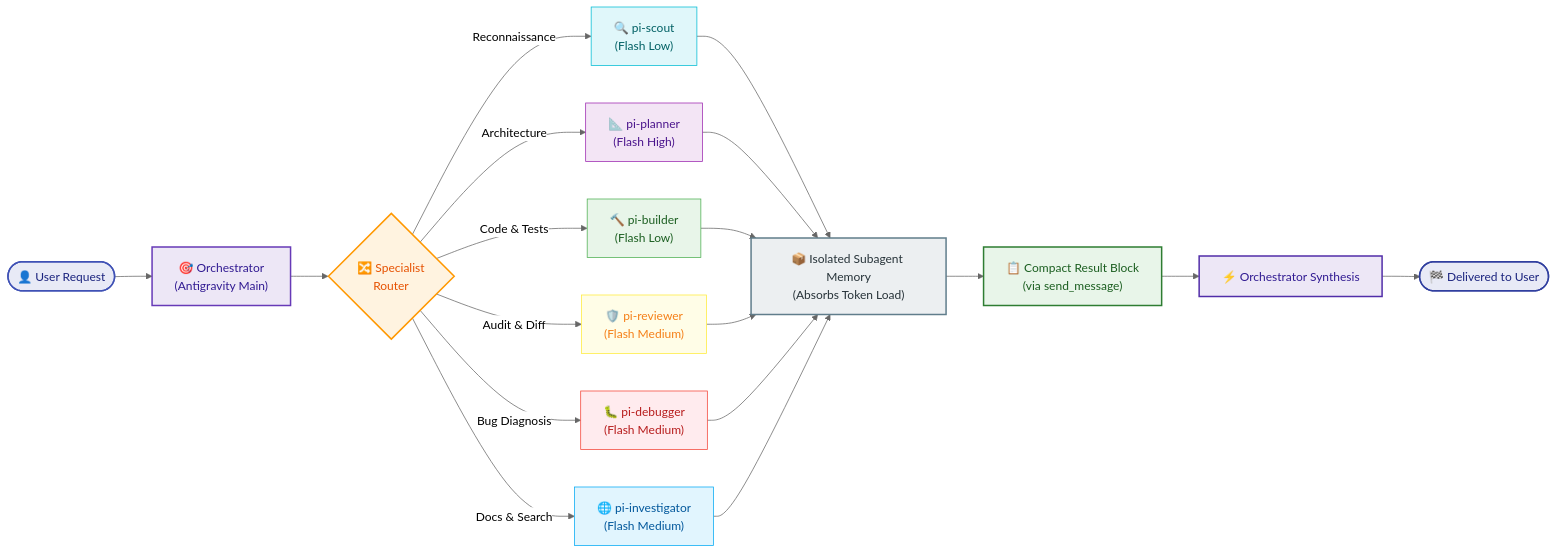
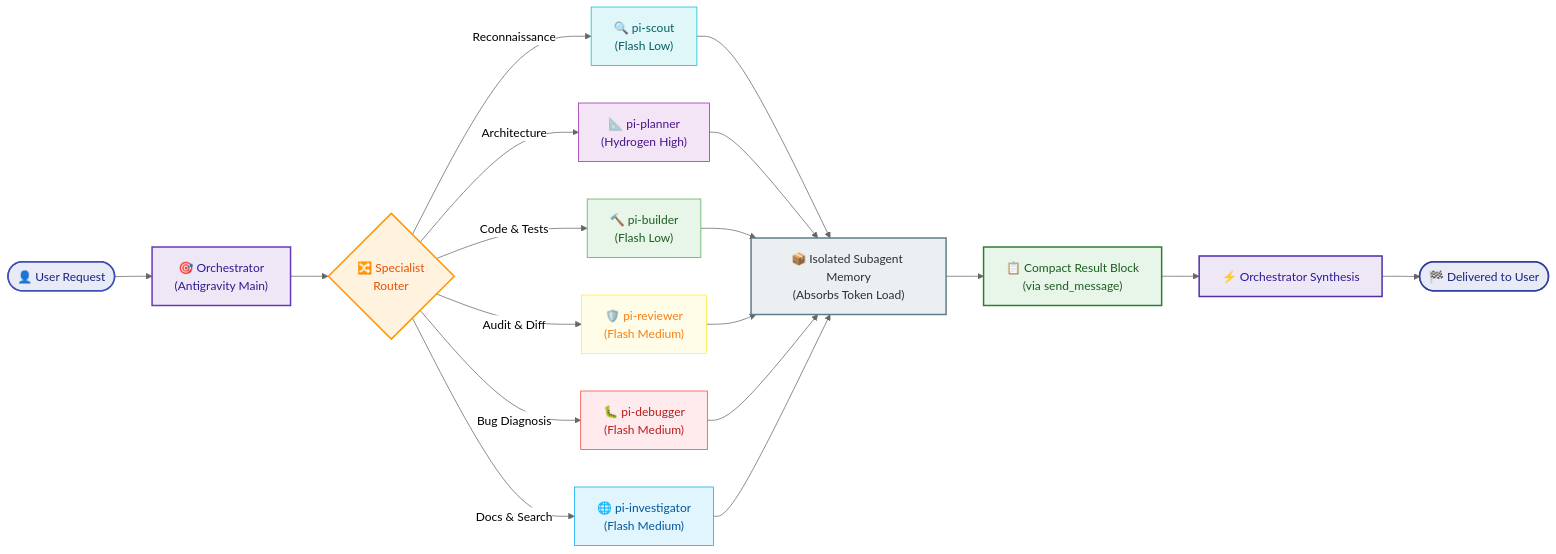
Before and after one commit to H3lloLLM/Gravity-for-Antigravity: the diagram in README.md, drawn with Mermaid (neutral theme). The commit also changed other lines of this file and 6 other files, not shown here.

Commit message:
chore(planner): switch pi-planner to Gemini 4 Hydrogen High and inherit default

````diff
--- a/README.md
+++ b/README.md
@@ -131,34 +131,34 @@
 ```mermaid
 graph LR
     User(["👤 User Request"]) --> Orch["🎯 Orchestrator<br/>(Antigravity Main)"]
     Orch --> Route{"🔀 Specialist<br/>Router"}
     Route -->|Reconnaissance| Scout["🔍 pi-scout<br/>(Flash Low)"]
-    Route -->|Architecture| Planner["📐 pi-planner<br/>(Flash High)"]
+    Route -->|Architecture| Planner["📐 pi-planner<br/>(Hydrogen High)"]
     Route -->|Code & Tests| Builder["🔨 pi-builder<br/>(Flash Low)"]
     Route -->|Audit & Diff| Reviewer["🛡️ pi-reviewer<br/>(Flash Medium)"]
     Route -->|Bug Diagnosis| Debugger["🐛 pi-debugger<br/>(Flash Medium)"]
     Route -->|Docs & Search| Investigator["🌐 pi-investigator<br/>(Flash Medium)"]
     Scout --> Isolate["📦 Isolated Subagent Memory<br/>(Absorbs Token Load)"]
     Planner --> Isolate
     Builder --> Isolate
     Reviewer --> Isolate
     Debugger --> Isolate
     Investigator --> Isolate
     Isolate --> Compact["📋 Compact Result Block<br/>(via send_message)"]
     Compact --> Synth["⚡ Orchestrator Synthesis"]
     Synth --> Deliver(["🏁 Delivered to User"])
 
     style User fill:#E8EAF6,stroke:#3F51B5,stroke-width:2px,color:#1A237E
     style Orch fill:#EDE7F6,stroke:#673AB7,stroke-width:2px,color:#311B92
     style Route fill:#FFF3E0,stroke:#FF9800,stroke-width:2px,color:#E65100
     style Scout fill:#E0F7FA,stroke:#00BCD4,stroke-width:1px,color:#006064
     style Planner fill:#F3E5F5,stroke:#9C27B0,stroke-width:1px,color:#4A148C
     style Builder fill:#E8F5E9,stroke:#4CAF50,stroke-width:1px,color:#1B5E20
     style Reviewer fill:#FFFDE7,stroke:#FFEB3B,stroke-width:1px,color:#F57F17
     style Debugger fill:#FFEBEE,stroke:#F44336,stroke-width:1px,color:#B71C1C
     style Investigator fill:#E1F5FE,stroke:#03A9F4,stroke-width:1px,color:#01579B
     style Isolate fill:#ECEFF1,stroke:#607D8B,stroke-width:2px,color:#263238
     style Compact fill:#E8F5E9,stroke:#2E7D32,stroke-width:2px,color:#1B5E20
     style Synth fill:#EDE7F6,stroke:#512DA8,stroke-width:2px,color:#311B92
     style Deliver fill:#E8EAF6,stroke:#303F9F,stroke-width:2px,color:#1A237E
 ```
````
